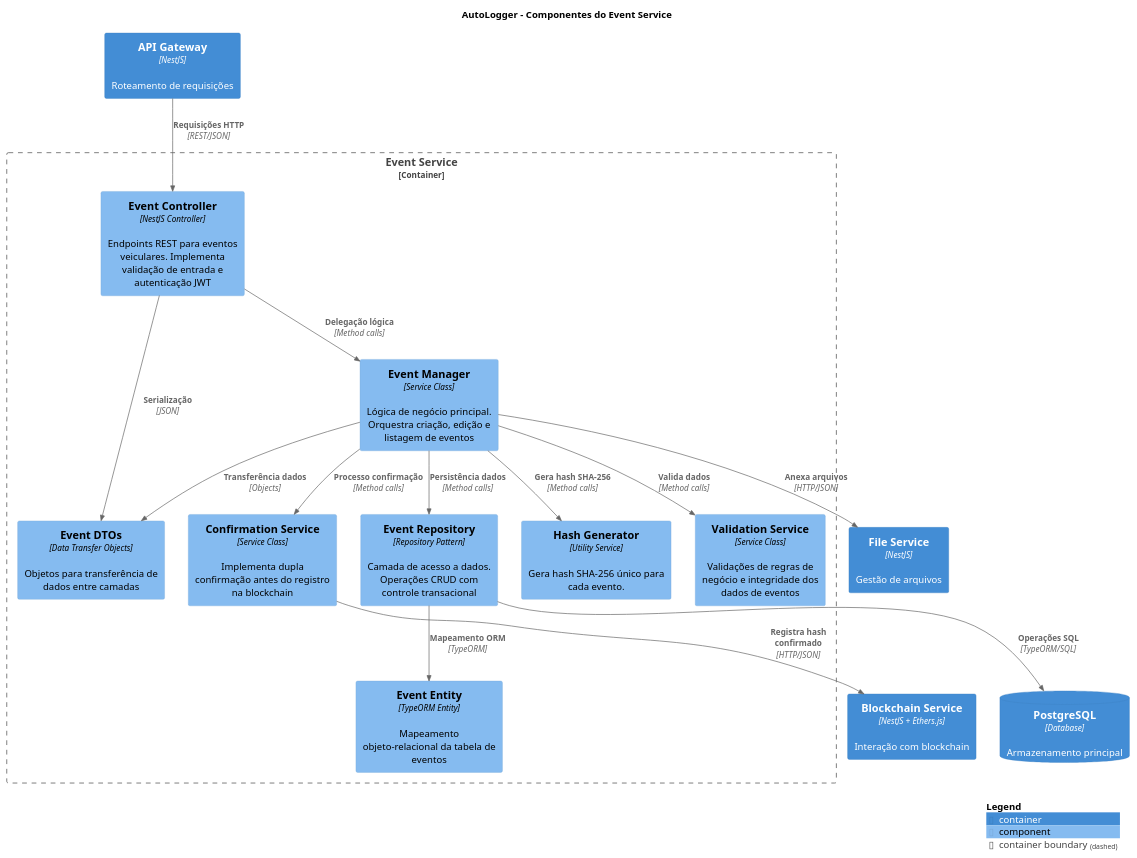
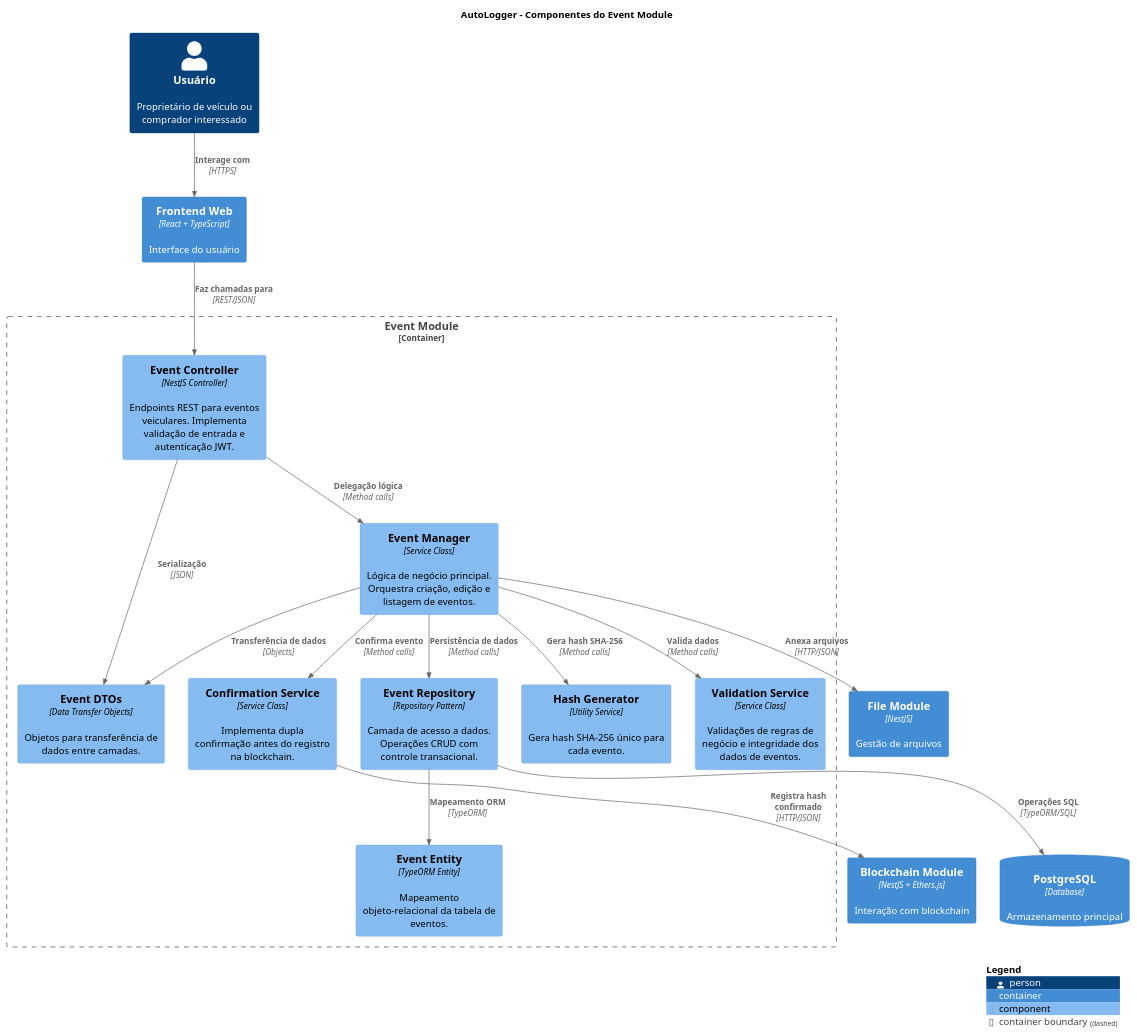
One commit to Pellegr1n1/autologger-services changed the third of 3 diagrams in docs/c4_architecture.puml. Above: the diagram before and after it, drawn with PlantUML. The commit also changed other lines of this file, not shown here.

Commit message:
Ajuste no diagrama C4

```diff
--- a/docs/c4_architecture.puml
+++ b/docs/c4_architecture.puml
@@ -98,48 +93,51 @@
 @startuml AutoLogger_C4_level3
 !includeurl https://raw.githubusercontent.com/plantuml-stdlib/C4-PlantUML/master/C4_Component.puml
 
-title AutoLogger - Componentes do Event Service
+title AutoLogger - Componentes do Event Module
 
 LAYOUT_TOP_DOWN()
 
-Container(api_gateway, "API Gateway", "NestJS", "Roteamento de requisições")
-Container(blockchain_service, "Blockchain Service", "NestJS + Ethers.js", "Interação com blockchain")
-Container(file_service, "File Service", "NestJS", "Gestão de arquivos")
+Person(user, "Usuário", "Proprietário de veículo ou comprador interessado")
+Container(frontend, "Frontend Web", "React + TypeScript", "Interface do usuário")
+Container(blockchain_module, "Blockchain Module", "NestJS + Ethers.js", "Interação com blockchain")
+Container(file_module, "File Module", "NestJS", "Gestão de arquivos")
 ContainerDb(database, "PostgreSQL", "Database", "Armazenamento principal")
 
-Container_Boundary(event_service, "Event Service") {
-    Component(event_controller, "Event Controller", "NestJS Controller", "Endpoints REST para eventos veiculares. Implementa validação de entrada e autenticação JWT")
+Container_Boundary(event_module, "Event Module") {
+    Component(event_controller, "Event Controller", "NestJS Controller", "Endpoints REST para eventos veiculares. Implementa validação de entrada e autenticação JWT.")
     
-    Component(event_manager, "Event Manager", "Service Class", "Lógica de negócio principal. Orquestra criação, edição e listagem de eventos")
+    Component(event_manager, "Event Manager", "Service Class", "Lógica de negócio principal. Orquestra criação, edição e listagem de eventos.")
     
     Component(hash_generator, "Hash Generator", "Utility Service", "Gera hash SHA-256 único para cada evento.")
     
-    Component(validation_service, "Validation Service", "Service Class", "Validações de regras de negócio e integridade dos dados de eventos")
+    Component(validation_service, "Validation Service", "Service Class", "Validações de regras de negócio e integridade dos dados de eventos.")
     
-    Component(confirmation_service, "Confirmation Service", "Service Class", "Implementa dupla confirmação antes do registro na blockchain")
+    Component(confirmation_service, "Confirmation Service", "Service Class", "Implementa dupla confirmação antes do registro na blockchain.")
     
-    Component(event_repository, "Event Repository", "Repository Pattern", "Camada de acesso a dados. Operações CRUD com controle transacional")
+    Component(event_repository, "Event Repository", "Repository Pattern", "Camada de acesso a dados. Operações CRUD com controle transacional.")
     
-    Component(event_dto, "Event DTOs", "Data Transfer Objects", "Objetos para transferência de dados entre camadas")
+    Component(event_dto, "Event DTOs", "Data Transfer Objects", "Objetos para transferência de dados entre camadas.")
     
-    Component(event_entity, "Event Entity", "TypeORM Entity", "Mapeamento objeto-relacional da tabela de eventos")
+    Component(event_entity, "Event Entity", "TypeORM Entity", "Mapeamento objeto-relacional da tabela de eventos.")
 }
 
-Rel(api_gateway, event_controller, "Requisições HTTP", "REST/JSON")
+Rel(user, frontend, "Interage com", "HTTPS")
+Rel(frontend, event_controller, "Faz chamadas para", "REST/JSON")
+
 Rel(event_controller, event_manager, "Delegação lógica", "Method calls")
 Rel(event_manager, validation_service, "Valida dados", "Method calls")
 Rel(event_manager, hash_generator, "Gera hash SHA-256", "Method calls")
-Rel(event_manager, confirmation_service, "Processo confirmação", "Method calls")
-Rel(event_manager, event_repository, "Persistência dados", "Method calls")
+Rel(event_manager, confirmation_service, "Confirma evento", "Method calls")
+Rel(event_manager, event_repository, "Persistência de dados", "Method calls")
 
 Rel(event_repository, event_entity, "Mapeamento ORM", "TypeORM")
 Rel(event_repository, database, "Operações SQL", "TypeORM/SQL")
 
 Rel(event_controller, event_dto, "Serialização", "JSON")
-Rel(event_manager, event_dto, "Transferência dados", "Objects")
+Rel(event_manager, event_dto, "Transferência de dados", "Objects")
 
-Rel(confirmation_service, blockchain_service, "Registra hash confirmado", "HTTP/JSON")
-Rel(event_manager, file_service, "Anexa arquivos", "HTTP/JSON")
+Rel(confirmation_service, blockchain_module, "Registra hash confirmado", "HTTP/JSON")
+Rel(event_manager, file_module, "Anexa arquivos", "HTTP/JSON")
 
 SHOW_LEGEND()
 @enduml
```
